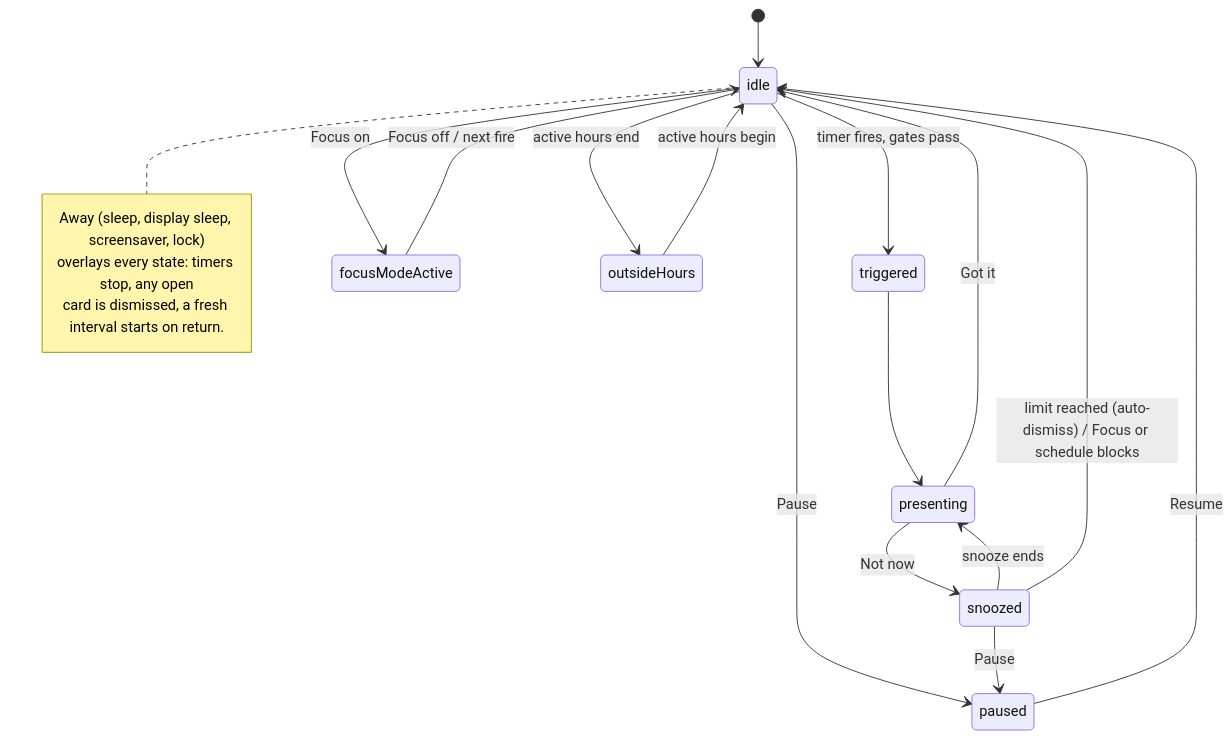
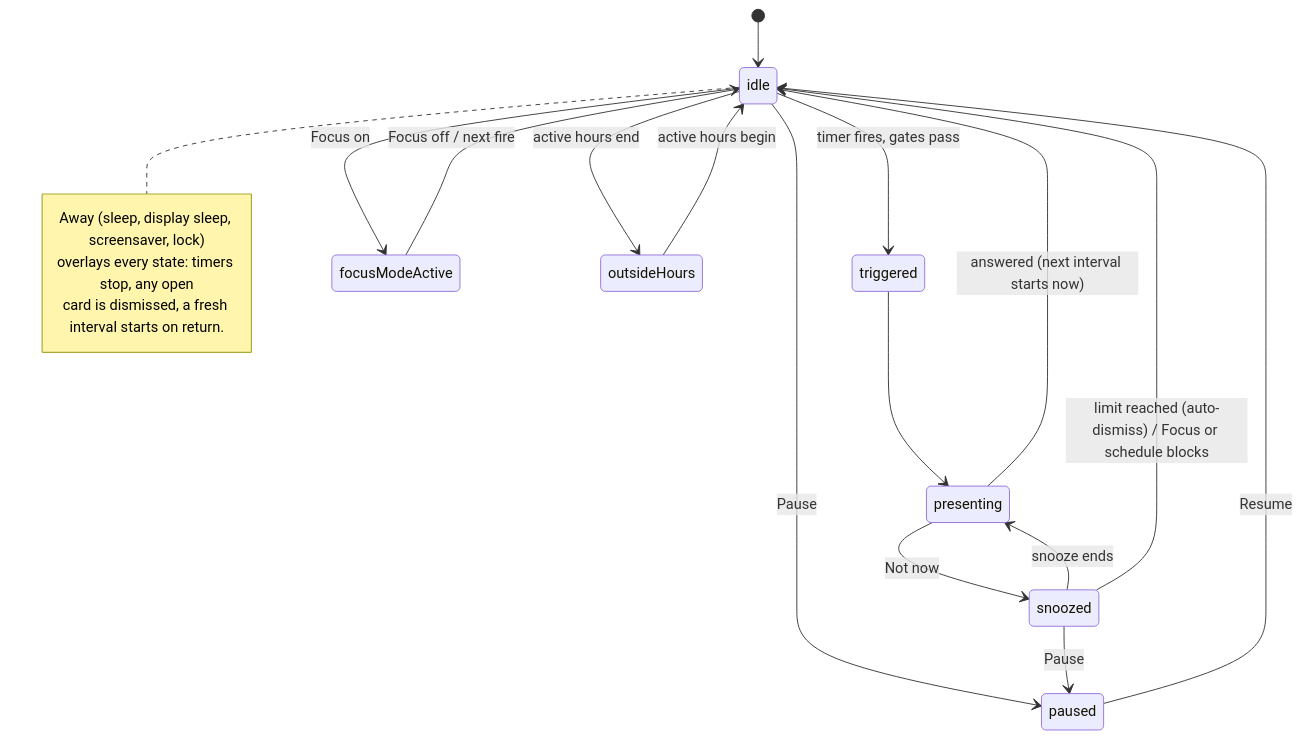
The third of 4 diagrams in docs/ux-flow.md (rkrevolution/Checkpoint), drawn with Mermaid before and after one commit. The commit also changed other lines of this file and 7 other files, not shown here.

````diff
--- a/docs/ux-flow.md
+++ b/docs/ux-flow.md
@@ -68,22 +69,22 @@
 ```mermaid
 stateDiagram-v2
     [*] --> idle
     idle --> triggered: timer fires, gates pass
     idle --> focusModeActive: Focus on
     focusModeActive --> idle: Focus off / next fire
     idle --> outsideHours: active hours end
     outsideHours --> idle: active hours begin
     triggered --> presenting
-    presenting --> idle: Got it
+    presenting --> idle: answered (next interval starts now)
     presenting --> snoozed: Not now
     snoozed --> presenting: snooze ends
     snoozed --> idle: limit reached (auto-dismiss) / Focus or schedule blocks
     idle --> paused: Pause
     snoozed --> paused: Pause
     paused --> idle: Resume
     note right of idle
         Away (sleep, display sleep, screensaver, lock)
         overlays every state: timers stop, any open
         card is dismissed, a fresh interval starts on return.
     end note
 ```
````
